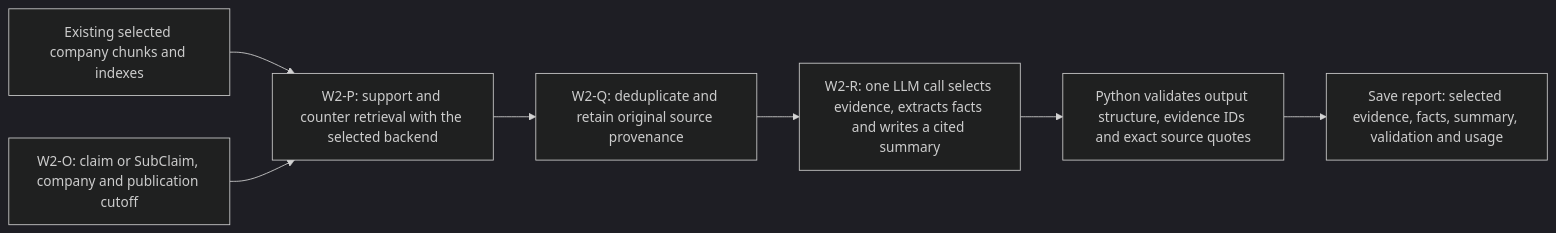
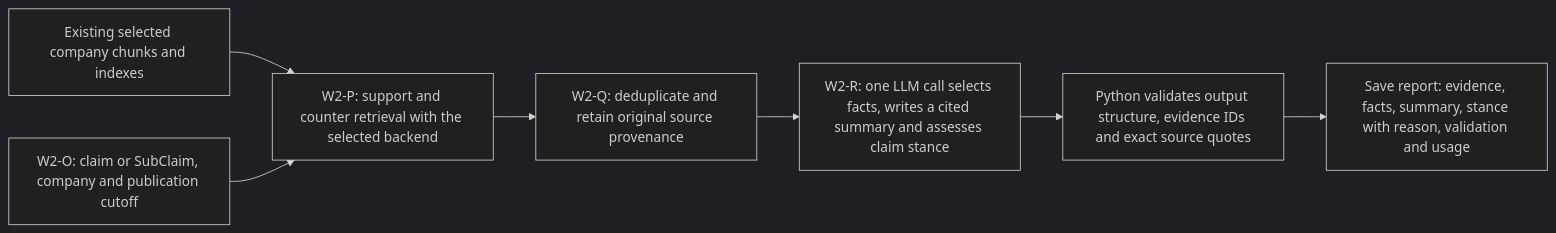
One commit to hungdp123/GenAI-group-project changed the diagram in docs/narrative/workflow/workflow_c_rag.md. Above: the diagram before and after it, drawn with Mermaid (dark theme). The commit also changed other lines of this file and 16 other files, not shown here.

````diff
--- a/docs/narrative/workflow/workflow_c_rag.md
+++ b/docs/narrative/workflow/workflow_c_rag.md
@@ -20,9 +20,9 @@
 ```mermaid
 flowchart LR
     Index["Existing selected company chunks and indexes"] --> P
     O["W2-O: claim or SubClaim, company and publication cutoff"] --> P["W2-P: support and counter retrieval with the selected backend"]
     P --> Q["W2-Q: deduplicate and retain original source provenance"]
-    Q --> R["W2-R: one LLM call selects evidence, extracts facts and writes a cited summary"]
+    Q --> R["W2-R: one LLM call selects facts, writes a cited summary and assesses claim stance"]
     R --> Check["Python validates output structure, evidence IDs and exact source quotes"]
-    Check --> Save["Save report: selected evidence, facts, summary, validation and usage"]
+    Check --> Save["Save report: evidence, facts, summary, stance with reason, validation and usage"]
 ```
````
